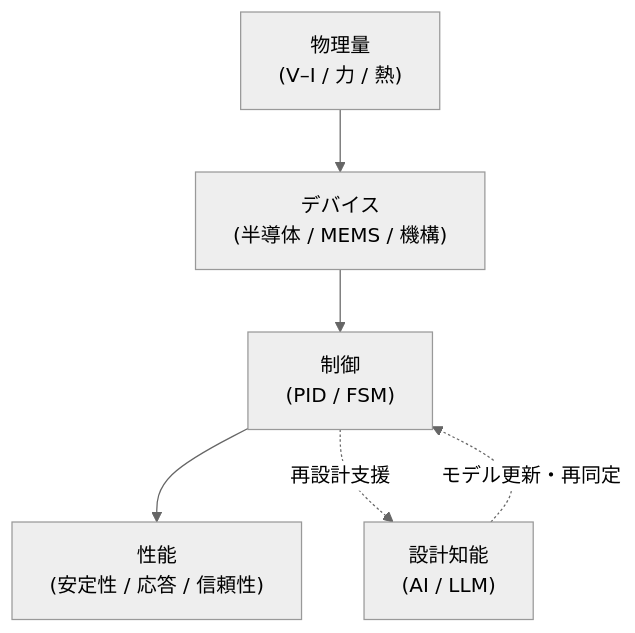
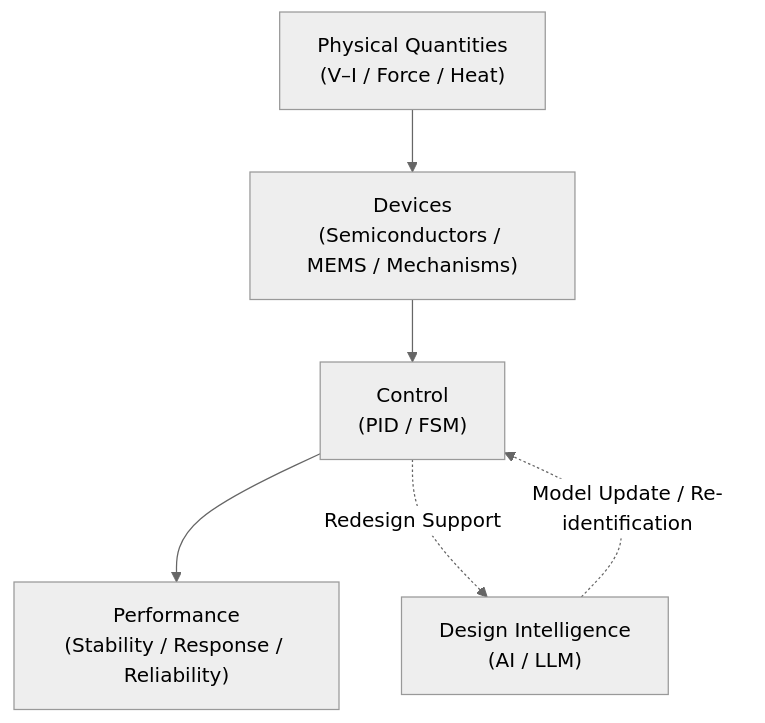
The diagram in en/index.md (Samizo-AITL/Samizo-AITL.github.io), drawn with Mermaid (neutral theme) before and after one commit. The commit also changed other lines of this file, not shown here.

````diff
--- a/en/index.md
+++ b/en/index.md
@@ -30,14 +30,14 @@
 ```mermaid
 flowchart TD
-    P["物理量<br>(V–I / 力 / 熱)"]
-    D["デバイス<br>(半導体 / MEMS / 機構)"]
-    C["制御<br>(PID / FSM)"]
-    A["設計知能<br>(AI / LLM)"]
-    S["性能<br>(安定性 / 応答 / 信頼性)"]
+    P["Physical Quantities<br>(V–I / Force / Heat)"]
+    D["Devices<br>(Semiconductors / MEMS / Mechanisms)"]
+    C["Control<br>(PID / FSM)"]
+    A["Design Intelligence<br>(AI / LLM)"]
+    S["Performance<br>(Stability / Response / Reliability)"]
 
     P --> D
     D --> C
     C --> S
-    C -. 再設計支援 .-> A
-    A -. モデル更新・再同定 .-> C
+    C -. Redesign Support .-> A
+    A -. Model Update / Re-identification .-> C
 ```
````
